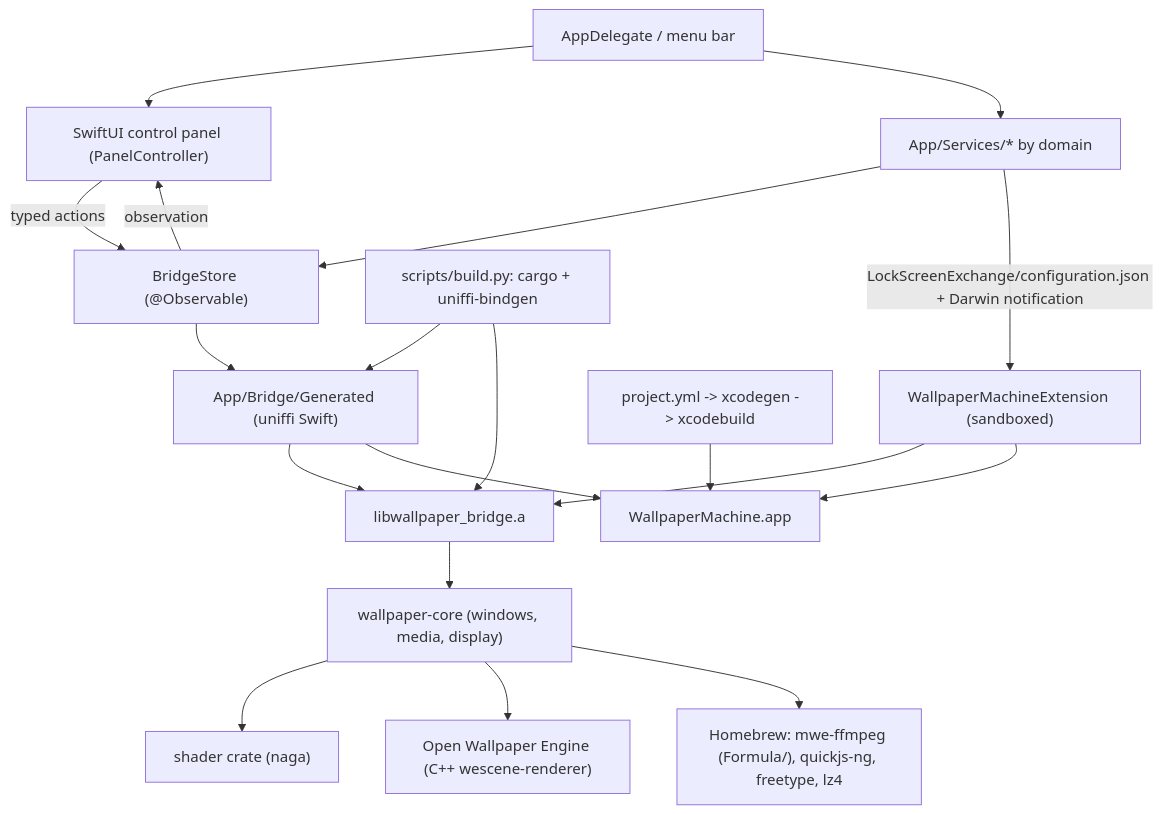
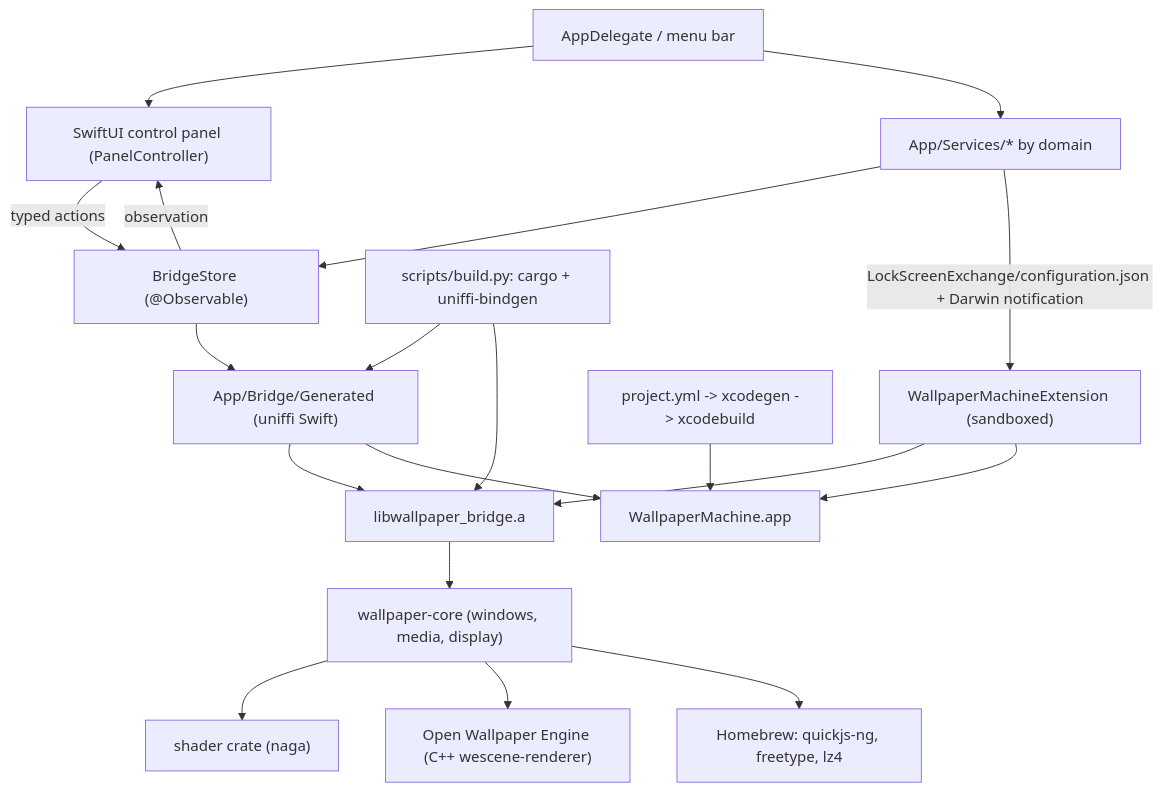
Before and after one commit to MMFoundation/WallpaperMachine: the diagram in docs/architecture.md, drawn with Mermaid. The commit also changed other lines of this file and 21 other files, not shown here.

````diff
--- a/docs/architecture.md
+++ b/docs/architecture.md
@@ -14,21 +14,21 @@
 ```mermaid
 flowchart TD
   Shell["AppDelegate / menu bar"] --> Panel["SwiftUI control panel (PanelController)"]
   Panel -->|"typed actions"| Store["BridgeStore (@Observable)"]
   Store -->|"observation"| Panel
   Shell --> Services["App/Services/* by domain"]
   Services --> Store
   Store --> Generated["App/Bridge/Generated (uniffi Swift)"]
   Generated --> BridgeLib["libwallpaper_bridge.a"]
   BridgeLib --> Core["wallpaper-core (windows, media, display)"]
   Core --> Shader["shader crate (naga)"]
   Core --> OWE["Open Wallpaper Engine (C++ wescene-renderer)"]
-  Core --> Brew["Homebrew: mwe-ffmpeg (Formula/), quickjs-ng, freetype, lz4"]
+  Core --> Brew["Homebrew: quickjs-ng, freetype, lz4"]
   Services -->|"LockScreenExchange/configuration.json + Darwin notification"| Ext["WallpaperMachineExtension (sandboxed)"]
   Ext --> BridgeLib
   Cargo["scripts/build.py: cargo + uniffi-bindgen"] --> Generated
   Cargo --> BridgeLib
   XcodeGen["project.yml -> xcodegen -> xcodebuild"] --> App["WallpaperMachine.app"]
   Generated --> App
   Ext --> App
 ```
````
